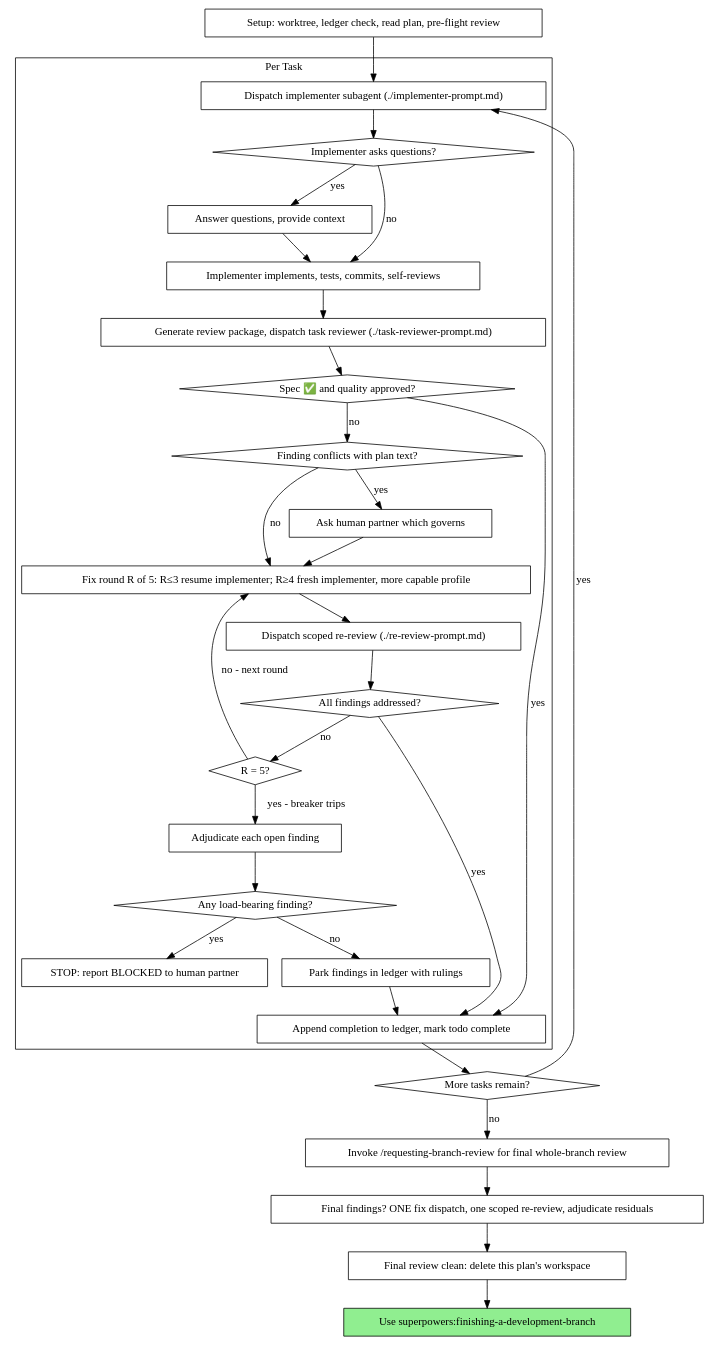
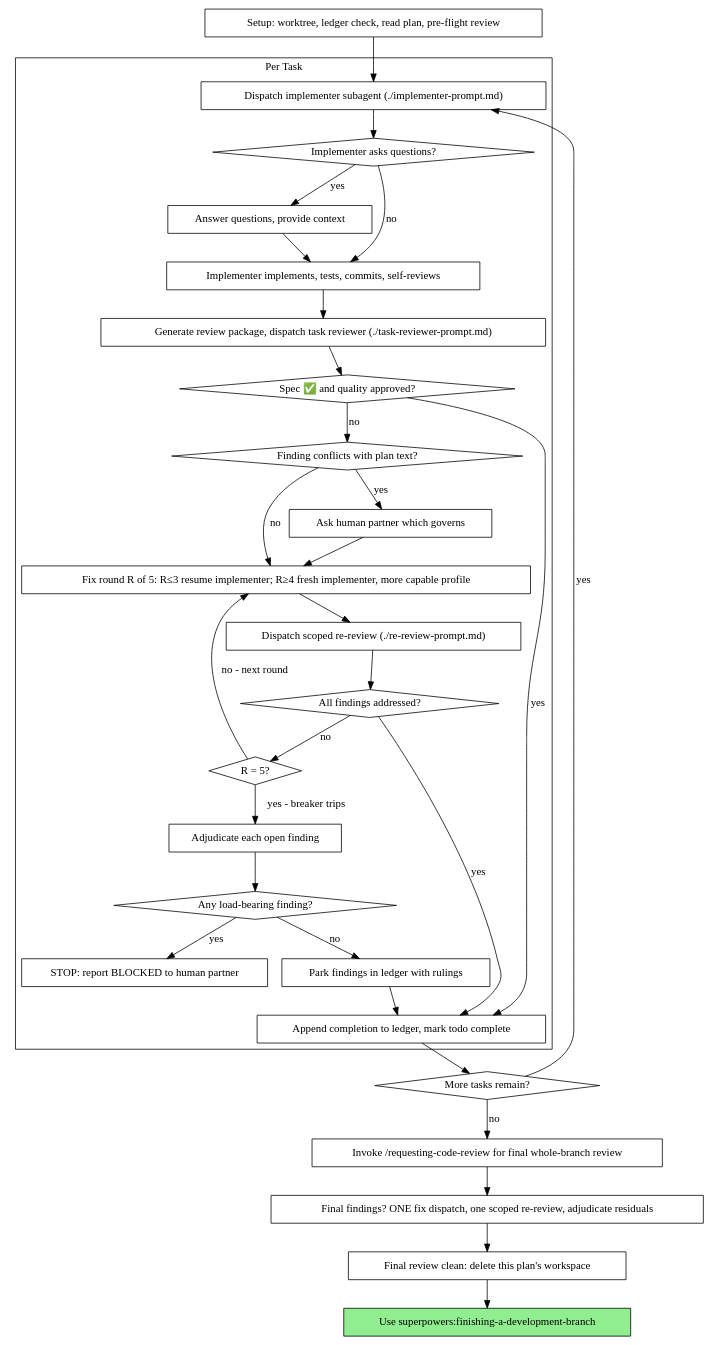
Before and after one commit to HarleyBartles/agent-asset-marketplace: the second of 2 diagrams in .agents/skills/subagent-driven-development/SKILL.md, drawn with Graphviz. The commit also changed other lines of this file and 41 other files, not shown here.

Commit message:
refactor: split reviewer profiles and retire requesting-branch-review

````diff
--- a/.agents/skills/subagent-driven-development/SKILL.md
+++ b/.agents/skills/subagent-driven-development/SKILL.md
@@ -77,62 +77,62 @@
 ```dot
 digraph process {
     rankdir=TB;
 
     subgraph cluster_per_task {
         label="Per Task";
         "Dispatch implementer subagent (./implementer-prompt.md)" [shape=box];
         "Implementer asks questions?" [shape=diamond];
         "Answer questions, provide context" [shape=box];
         "Implementer implements, tests, commits, self-reviews" [shape=box];
         "Generate review package, dispatch task reviewer (./task-reviewer-prompt.md)" [shape=box];
         "Spec ✅ and quality approved?" [shape=diamond];
         "Finding conflicts with plan text?" [shape=diamond];
         "Ask human partner which governs" [shape=box];
         "Fix round R of 5: R≤3 resume implementer; R≥4 fresh implementer, more capable profile" [shape=box];
         "Dispatch scoped re-review (./re-review-prompt.md)" [shape=box];
         "All findings addressed?" [shape=diamond];
         "R = 5?" [shape=diamond];
         "Adjudicate each open finding" [shape=box];
         "Any load-bearing finding?" [shape=diamond];
         "STOP: report BLOCKED to human partner" [shape=box];
         "Park findings in ledger with rulings" [shape=box];
         "Append completion to ledger, mark todo complete" [shape=box];
     }
 
     "Setup: worktree, ledger check, read plan, pre-flight review" [shape=box];
     "More tasks remain?" [shape=diamond];
-    "Invoke /requesting-branch-review for final whole-branch review" [shape=box];
+    "Invoke /requesting-code-review for final whole-branch review" [shape=box];
     "Final findings? ONE fix dispatch, one scoped re-review, adjudicate residuals" [shape=box];
     "Final review clean: delete this plan's workspace" [shape=box];
     "Use superpowers:finishing-a-development-branch" [shape=box style=filled fillcolor=lightgreen];
 
     "Setup: worktree, ledger check, read plan, pre-flight review" -> "Dispatch implementer subagent (./implementer-prompt.md)";
     "Dispatch implementer subagent (./implementer-prompt.md)" -> "Implementer asks questions?";
     "Implementer asks questions?" -> "Answer questions, provide context" [label="yes"];
     "Answer questions, provide context" -> "Implementer implements, tests, commits, self-reviews";
     "Implementer asks questions?" -> "Implementer implements, tests, commits, self-reviews" [label="no"];
     "Implementer implements, tests, commits, self-reviews" -> "Generate review package, dispatch task reviewer (./task-reviewer-prompt.md)";
     "Generate review package, dispatch task reviewer (./task-reviewer-prompt.md)" -> "Spec ✅ and quality approved?";
     "Spec ✅ and quality approved?" -> "Append completion to ledger, mark todo complete" [label="yes"];
     "Spec ✅ and quality approved?" -> "Finding conflicts with plan text?" [label="no"];
     "Finding conflicts with plan text?" -> "Ask human partner which governs" [label="yes"];
     "Ask human partner which governs" -> "Fix round R of 5: R≤3 resume implementer; R≥4 fresh implementer, more capable profile";
     "Finding conflicts with plan text?" -> "Fix round R of 5: R≤3 resume implementer; R≥4 fresh implementer, more capable profile" [label="no"];
     "Fix round R of 5: R≤3 resume implementer; R≥4 fresh implementer, more capable profile" -> "Dispatch scoped re-review (./re-review-prompt.md)";
     "Dispatch scoped re-review (./re-review-prompt.md)" -> "All findings addressed?";
     "All findings addressed?" -> "Append completion to ledger, mark todo complete" [label="yes"];
     "All findings addressed?" -> "R = 5?" [label="no"];
     "R = 5?" -> "Fix round R of 5: R≤3 resume implementer; R≥4 fresh implementer, more capable profile" [label="no - next round"];
     "R = 5?" -> "Adjudicate each open finding" [label="yes - breaker trips"];
     "Adjudicate each open finding" -> "Any load-bearing finding?";
     "Any load-bearing finding?" -> "STOP: report BLOCKED to human partner" [label="yes"];
     "Any load-bearing finding?" -> "Park findings in ledger with rulings" [label="no"];
     "Park findings in ledger with rulings" -> "Append completion to ledger, mark todo complete";
     "Append completion to ledger, mark todo complete" -> "More tasks remain?";
     "More tasks remain?" -> "Dispatch implementer subagent (./implementer-prompt.md)" [label="yes"];
-    "More tasks remain?" -> "Invoke /requesting-branch-review for final whole-branch review" [label="no"];
-    "Invoke /requesting-branch-review for final whole-branch review" -> "Final findings? ONE fix dispatch, one scoped re-review, adjudicate residuals";
+    "More tasks remain?" -> "Invoke /requesting-code-review for final whole-branch review" [label="no"];
+    "Invoke /requesting-code-review for final whole-branch review" -> "Final findings? ONE fix dispatch, one scoped re-review, adjudicate residuals";
     "Final findings? ONE fix dispatch, one scoped re-review, adjudicate residuals" -> "Final review clean: delete this plan's workspace";
     "Final review clean: delete this plan's workspace" -> "Use superpowers:finishing-a-development-branch";
 }
 ```
````
